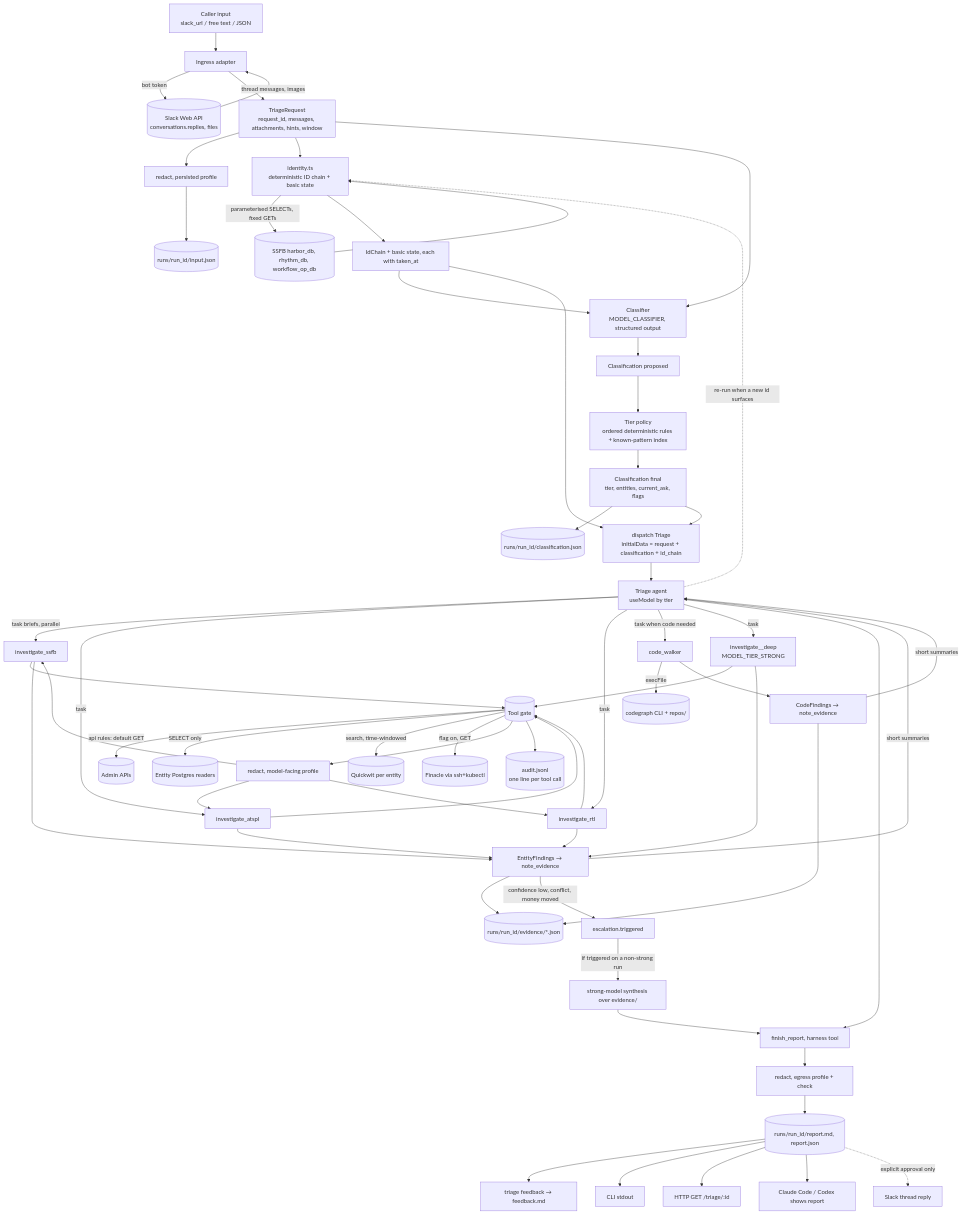
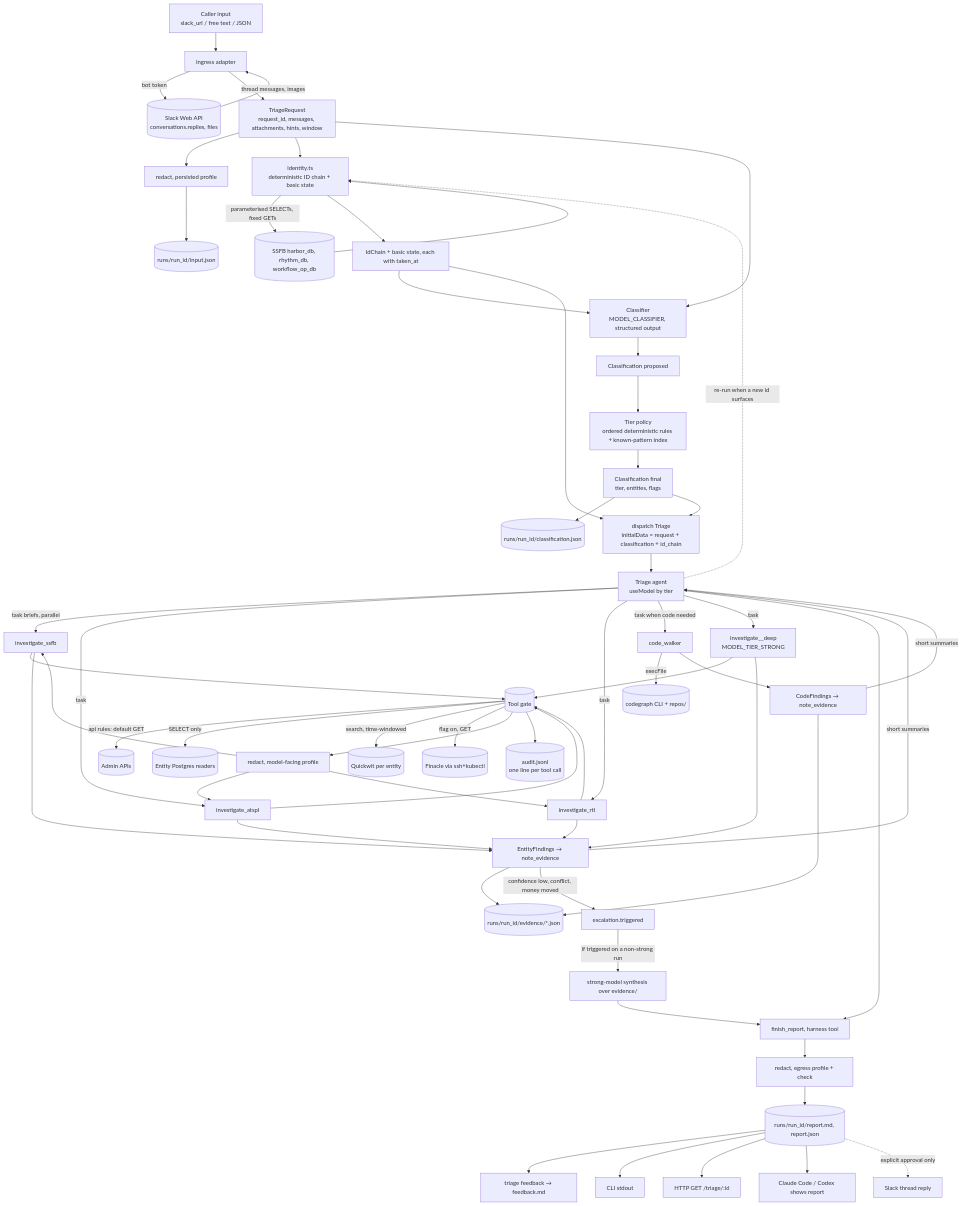
Before and after one commit to varun-aspora/triage-app: the first of 2 diagrams in docs/03-data-flow.md, drawn with Mermaid. The commit also changed 51 other files, not shown here.

````diff
--- a/docs/03-data-flow.md
+++ b/docs/03-data-flow.md
@@ -7,55 +7,55 @@
 ```mermaid
 flowchart TD
     A["Caller input<br/>slack_url / free text / JSON"] --> B[Ingress adapter]
     B -->|bot token| S[(Slack Web API<br/>conversations.replies, files)]
     S -->|thread messages, images| B
     B --> C["TriageRequest<br/>request_id, messages, attachments, hints, window"]
     C --> R1[redact, persisted profile] --> P1[(runs/run_id/input.json)]
     C --> J[identity.ts<br/>deterministic ID chain + basic state]
     J -->|parameterised SELECTs, fixed GETs| DB1[(SSFB harbor_db, rhythm_db, workflow_op_db)]
     DB1 --> J --> K[IdChain + basic state, each with taken_at]
     C --> D[Classifier<br/>MODEL_CLASSIFIER, structured output]
     K --> D
     D --> E[Classification proposed]
     E --> F[Tier policy<br/>ordered deterministic rules + known-pattern index]
-    F --> G[Classification final<br/>tier, entities, current_ask, flags]
+    F --> G[Classification final<br/>tier, entities, flags]
     G --> P2[(runs/run_id/classification.json)]
     G --> H[dispatch Triage<br/>initialData = request + classification + id_chain]
     K --> H
 
     H --> I[Triage agent<br/>useModel by tier]
     I -.re-run when a new id surfaces.-> J
 
     I -->|task briefs, parallel| L1[investigate_ssfb]
     I -->|task| L2[investigate_atspl]
     I -->|task| L3[investigate_rtl]
     I -->|task when code needed| M[code_walker]
 
     L1 --> T[(Tool gate)]
     L2 --> T
     L3 --> T
     T -->|api rules: default GET| API[(Admin APIs)]
     T -->|SELECT only| DBS[(Entity Postgres readers)]
     T -->|search, time-windowed| QW[(Quickwit per entity)]
     T -->|flag on, GET| CBS[(Finacle via ssh+kubectl)]
     M -->|execFile| CG[(codegraph CLI + repos/)]
 
     T --> R2[redact, model-facing profile] --> L1 & L2 & L3
     L1 & L2 & L3 --> N[EntityFindings → note_evidence] --> P3[(runs/run_id/evidence/*.json)]
     M --> N2[CodeFindings → note_evidence] --> P3
     N & N2 -->|short summaries| I
     N -->|confidence low, conflict, money moved| ESC[escalation.triggered]
 
     I -->|task| O["investigate_<entity>_deep<br/>MODEL_TIER_STRONG"] --> T
     O --> N
 
     I --> Q[finish_report, harness tool] 
     ESC -->|if triggered on a non-strong run| Q2[strong-model synthesis over evidence/] --> Q
     Q --> R3[redact, egress profile + check] --> P4[(runs/run_id/report.md, report.json)]
     P4 --> FB[triage feedback → feedback.md]
     T --> AUD[(audit.jsonl<br/>one line per tool call)]
     P4 --> OUT1[CLI stdout]
     P4 --> OUT2[HTTP GET /triage/:id]
     P4 --> OUT3[Claude Code / Codex shows report]
     P4 -.->|explicit approval only| OUT4[Slack thread reply]
 ```
````
